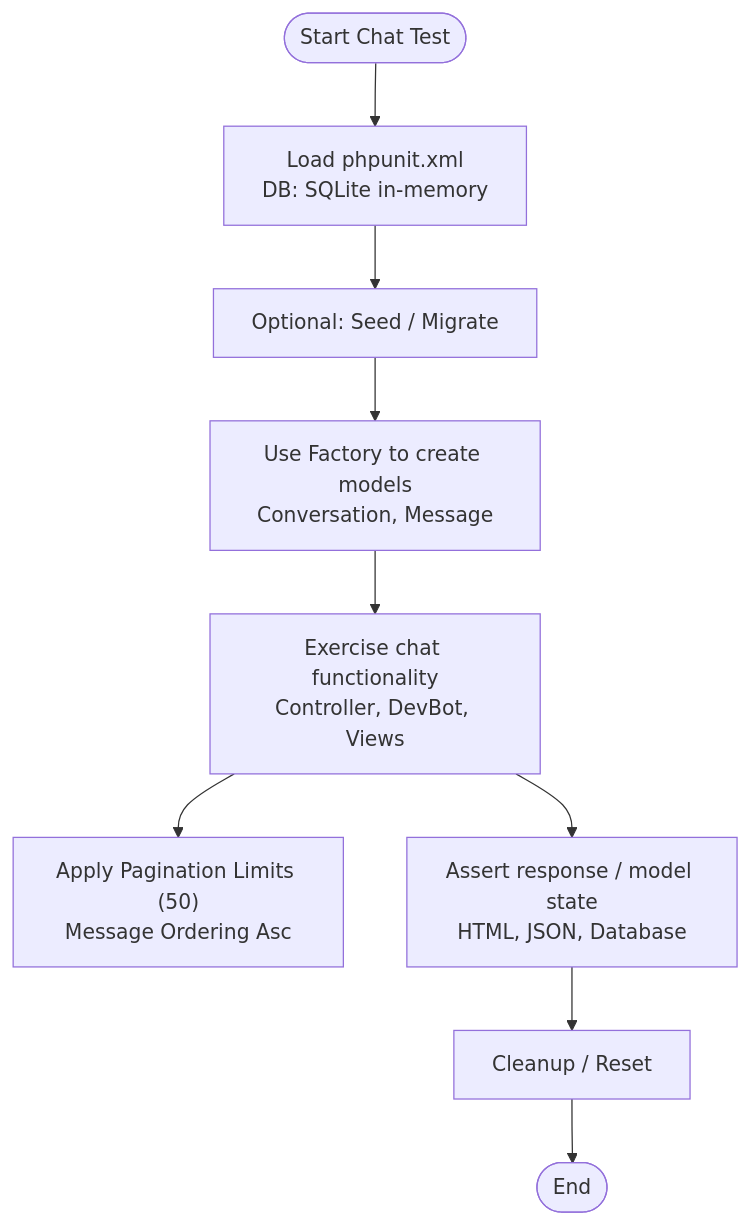
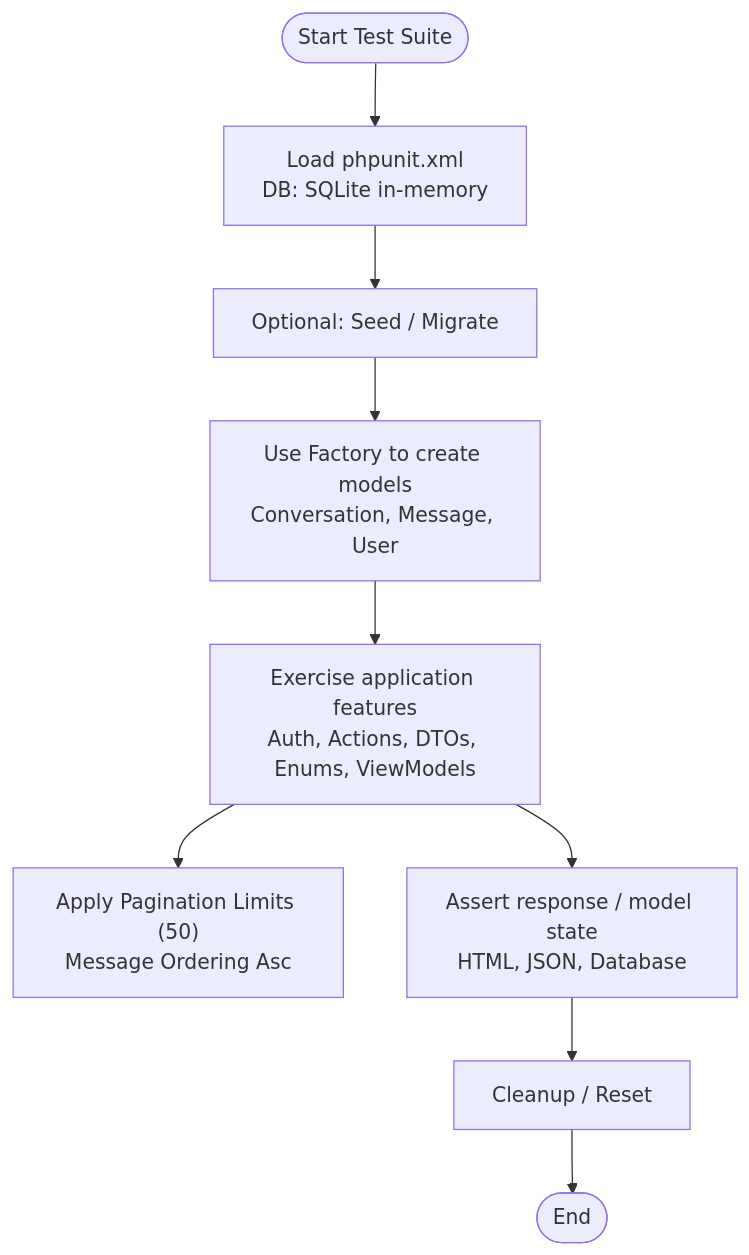
Before and after one commit to siimliimand/laravel-assistant: the eighth of 12 diagrams in .qoder/repowiki/en/content/Testing Infrastructure/Testing Infrastructure.md, drawn with Mermaid. The commit also changed other lines of this file and 8 other files, not shown here.

First line of the commit message:
docs(actions): add PrepareChatViewAction and update architecture docs

````diff
--- a/.qoder/repowiki/en/content/Testing Infrastructure/Testing Infrastructure.md
+++ b/.qoder/repowiki/en/content/Testing Infrastructure/Testing Infrastructure.md
@@ -389,11 +760,11 @@
 ```mermaid
 flowchart TD
-Start(["Start Chat Test"]) --> LoadConfig["Load phpunit.xml<br/>DB: SQLite in-memory"]
+Start(["Start Test Suite"]) --> LoadConfig["Load phpunit.xml<br/>DB: SQLite in-memory"]
 LoadConfig --> Seed["Optional: Seed / Migrate"]
-Seed --> CreateFactory["Use Factory to create models<br/>Conversation, Message"]
-CreateFactory --> Exercise["Exercise chat functionality<br/>Controller, DevBot, Views"]
+Seed --> CreateFactory["Use Factory to create models<br/>Conversation, Message, User"]
+CreateFactory --> Exercise["Exercise application features<br/>Auth, Actions, DTOs, Enums, ViewModels"]
 Exercise --> Pagination["Apply Pagination Limits (50)<br/>Message Ordering Asc"]
 Exercise --> Assert["Assert response / model state<br/>HTML, JSON, Database"]
 Assert --> Cleanup["Cleanup / Reset"]
 Cleanup --> End(["End"])
 ```
````
